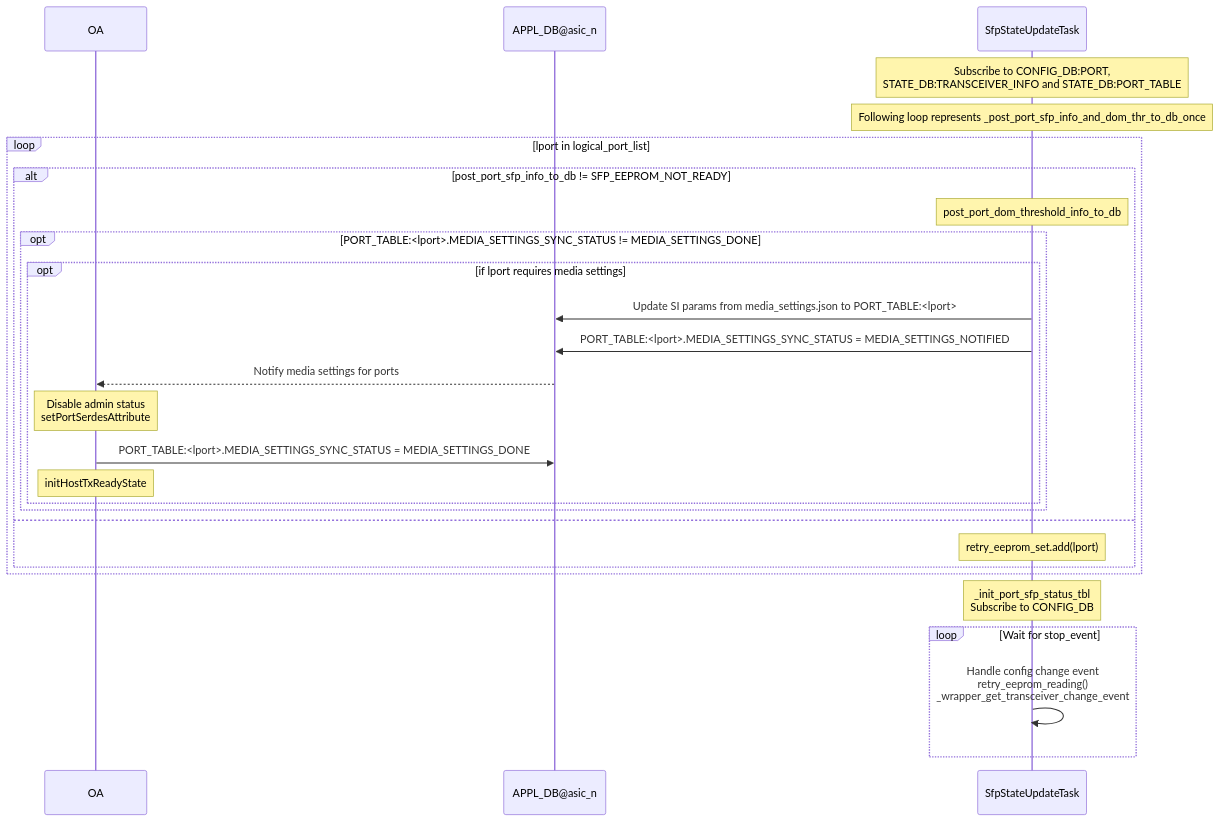
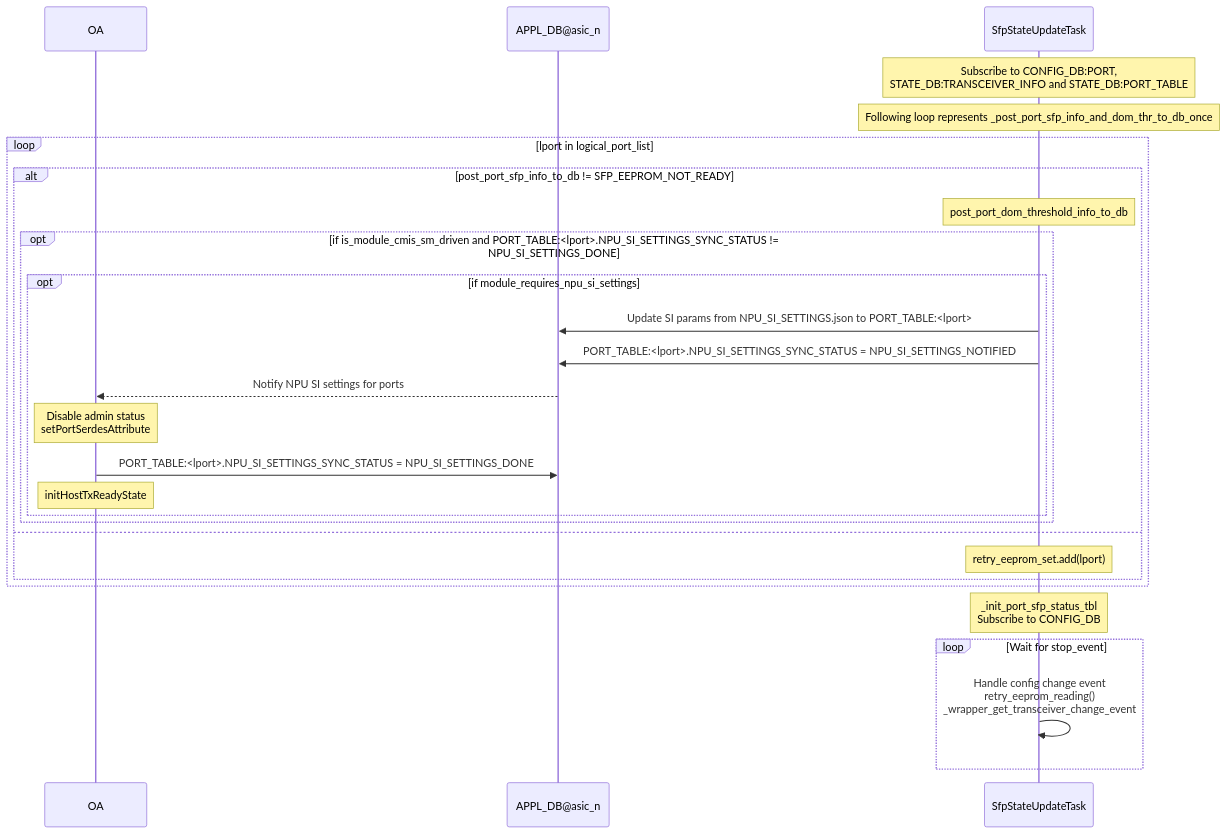
One commit to sonic-net/SONiC changed the second of 5 diagrams in doc/sfp-cmis/Interface-Link-bring-up-sequence.md. Above: the diagram before and after it, drawn with Mermaid. The commit also changed other lines of this file, not shown here.

Commit message:
Modified media settings to NPU SI settings for clearly differentiating module v/s NPU SI settings in future

````diff
--- a/doc/sfp-cmis/Interface-Link-bring-up-sequence.md
+++ b/doc/sfp-cmis/Interface-Link-bring-up-sequence.md
@@ -281,30 +283,30 @@
 ```mermaid
 sequenceDiagram
     participant OA
     participant APPL_DB as APPL_DB@asic_n
     participant SfpStateUpdateTask
 
     Note over SfpStateUpdateTask: Subscribe to CONFIG_DB:PORT,<br>STATE_DB:TRANSCEIVER_INFO and STATE_DB:PORT_TABLE
     Note over SfpStateUpdateTask: Following loop represents _post_port_sfp_info_and_dom_thr_to_db_once
     loop lport in logical_port_list
         alt post_port_sfp_info_to_db != SFP_EEPROM_NOT_READY
              Note over SfpStateUpdateTask: post_port_dom_threshold_info_to_db
-            opt PORT_TABLE:<lport>.MEDIA_SETTINGS_SYNC_STATUS != MEDIA_SETTINGS_DONE
-              opt if lport requires media settings
-                  SfpStateUpdateTask ->> APPL_DB: Update SI params from media_settings.json to PORT_TABLE:<lport>
-                  SfpStateUpdateTask ->> APPL_DB: PORT_TABLE:<lport>.MEDIA_SETTINGS_SYNC_STATUS = MEDIA_SETTINGS_NOTIFIED
-                  APPL_DB -->> OA: Notify media settings for ports
+            opt if is_module_cmis_sm_driven and PORT_TABLE:<lport>.NPU_SI_SETTINGS_SYNC_STATUS != NPU_SI_SETTINGS_DONE
+              opt if module_requires_npu_si_settings
+                  SfpStateUpdateTask ->> APPL_DB: Update SI params from NPU_SI_SETTINGS.json to PORT_TABLE:<lport>
+                  SfpStateUpdateTask ->> APPL_DB: PORT_TABLE:<lport>.NPU_SI_SETTINGS_SYNC_STATUS = NPU_SI_SETTINGS_NOTIFIED
+                  APPL_DB -->> OA: Notify NPU SI settings for ports
                   Note over OA: Disable admin status<br>setPortSerdesAttribute
-                  OA ->> APPL_DB: PORT_TABLE:<lport>.MEDIA_SETTINGS_SYNC_STATUS = MEDIA_SETTINGS_DONE
+                  OA ->> APPL_DB: PORT_TABLE:<lport>.NPU_SI_SETTINGS_SYNC_STATUS = NPU_SI_SETTINGS_DONE
                   Note over OA: initHostTxReadyState
                 end
             end
         else
             Note over SfpStateUpdateTask: retry_eeprom_set.add(lport)
         end
     end
     Note over SfpStateUpdateTask: _init_port_sfp_status_tbl<br>Subscribe to CONFIG_DB
     loop Wait for stop_event
         SfpStateUpdateTask ->> SfpStateUpdateTask: Handle config change event<br>retry_eeprom_reading()<br>_wrapper_get_transceiver_change_event
     end
 ```
````
